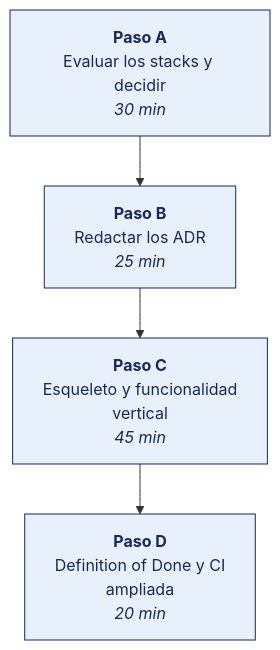
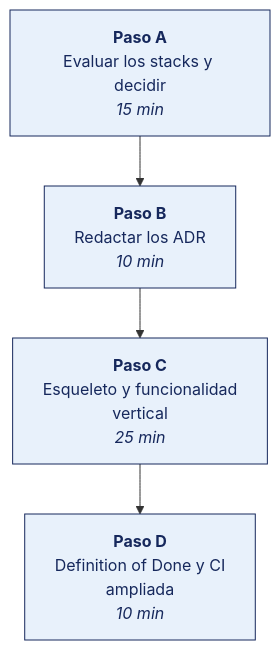
Before and after one commit to OscarJimenezFlores/MOVILES_II: the diagram in SEMANA-02/3-TALLER.md, drawn with Mermaid. The commit also changed other lines of this file and 45 other files, not shown here.

````diff
--- a/SEMANA-02/3-TALLER.md
+++ b/SEMANA-02/3-TALLER.md
@@ -11,10 +13,10 @@
 ```mermaid
 flowchart TD
-    PA["<b>Paso A</b><br/>Evaluar los stacks y decidir<br/><i>30 min</i>"]
-    PB["<b>Paso B</b><br/>Redactar los ADR<br/><i>25 min</i>"]
-    PC["<b>Paso C</b><br/>Esqueleto y funcionalidad<br/>vertical<br/><i>45 min</i>"]
-    PD["<b>Paso D</b><br/>Definition of Done y CI<br/>ampliada<br/><i>20 min</i>"]
+    PA["<b>Paso A</b><br/>Evaluar los stacks y decidir<br/><i>15 min</i>"]
+    PB["<b>Paso B</b><br/>Redactar los ADR<br/><i>10 min</i>"]
+    PC["<b>Paso C</b><br/>Esqueleto y funcionalidad<br/>vertical<br/><i>25 min</i>"]
+    PD["<b>Paso D</b><br/>Definition of Done y CI<br/>ampliada<br/><i>10 min</i>"]
     PA --> PB --> PC --> PD
     classDef paso fill:#E8F1FB,stroke:#16285C,stroke-width:1px,color:#16285C;
     class PA,PB,PC,PD paso;
 ```
````
